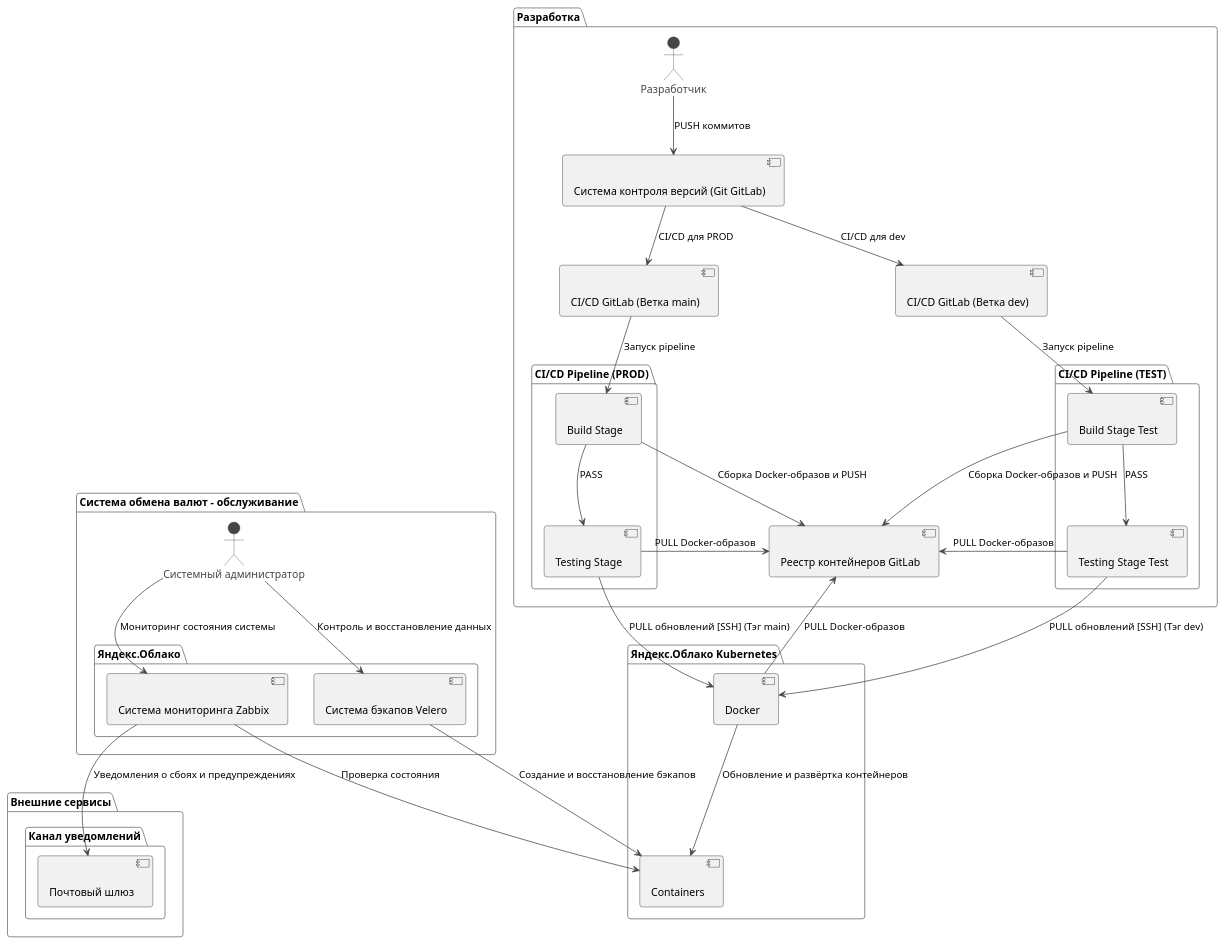
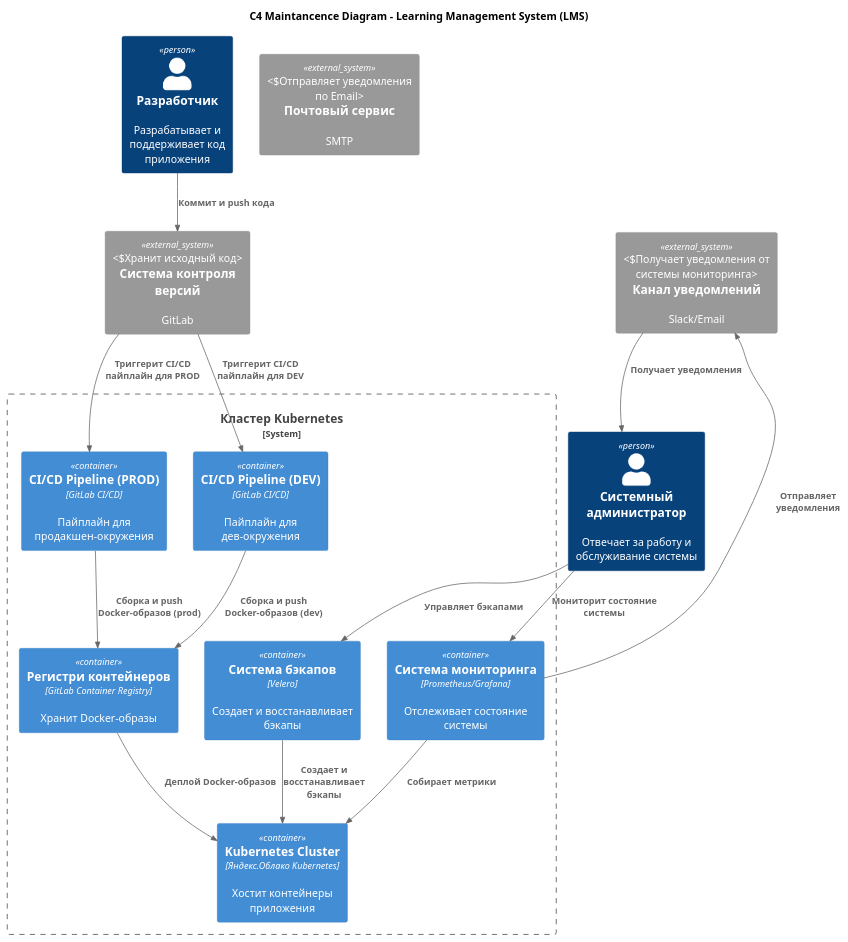
One commit to AkshachRd/software-development changed the diagram in 2. Технический проект/maintanence.puml. Above: the diagram before and after it, drawn with PlantUML.

Commit message:
Добавил обслуживание.

```diff
--- a/2. Технический проект/maintanence.puml
+++ b/2. Технический проект/maintanence.puml
@@ -1,63 +1,44 @@
 @startuml
-!theme vibrant
+!include https://raw.githubusercontent.com/plantuml-stdlib/C4-PlantUML/master/C4_Context.puml
+!include https://raw.githubusercontent.com/plantuml-stdlib/C4-PlantUML/master/C4_Container.puml
 
-package "Яндекс.Облако Kubernetes" as k8s {
-  [Docker] as docker << (C, #FFAAAA) >>
-  [Containers] as containers << (C, #FFAAAA) >>
+title C4 Maintancence Diagram - Learning Management System (LMS)
+
+' Определение участников
+Person(sys_admin, "Системный администратор", "Отвечает за работу и обслуживание системы")
+Person(developer, "Разработчик", "Разрабатывает и поддерживает код приложения")
+
+System_Boundary(kubernetes_boundary, "Кластер Kubernetes") {
+    Container(docker_registry, "Регистри контейнеров", "GitLab Container Registry", "Хранит Docker-образы")
+    Container(ci_cd_prod, "CI/CD Pipeline (PROD)", "GitLab CI/CD", "Пайплайн для продакшен-окружения")
+    Container(ci_cd_dev, "CI/CD Pipeline (DEV)", "GitLab CI/CD", "Пайплайн для дев-окружения")
+    Container(k8s_cluster, "Kubernetes Cluster", "Яндекс.Облако Kubernetes", "Хостит контейнеры приложения")
+    Container(monitoring_service, "Система мониторинга", "Prometheus/Grafana", "Отслеживает состояние системы")
+    Container(backup_service, "Система бэкапов", "Velero", "Создает и восстанавливает бэкапы")
 }
 
-package "Система обмена валют - обслуживание" as maintenance {
-    actor "Системный администратор" as sys_admin
-    package "Яндекс.Облако" as cloud {
-      [Система мониторинга Zabbix] as monitoring_service << (C, #FFAAAA) >>
-      [Система бэкапов Velero] as backup_service << (C, #FFAAAA) >>
-    }
-}
+System_Ext(mail_service, "Почтовый сервис", "SMTP", "Отправляет уведомления по Email")
+System_Ext(vcs, "Система контроля версий", "GitLab", "Хранит исходный код")
+System_Ext(notification_channel, "Канал уведомлений", "Slack/Email", "Получает уведомления от системы мониторинга")
 
-package "Внешние сервисы" as outer_services {
-    package "Канал уведомлений" as notifications {
-        [Почтовый шлюз] as email_service << (C, #FFAAAA) >>
-    }
-}
+' Взаимодействия
 
-package "Разработка" as development {
-    actor "Разработчик" as developer
-    [Система контроля версий (Git GitLab)] as vcs << (C, #FFAAAA) >>
-    [CI/CD GitLab (Ветка main)] as cicd << (C, #FFAAAA) >>
-    [CI/CD GitLab (Ветка dev)] as cicdtest << (C, #FFAAAA) >>
-    
-    package "CI/CD Pipeline (PROD)" as build {
-      [Build Stage] as buildstage << (C, #FFAAAA) >>
-      [Testing Stage] as testingstage << (C, #FFAAAA) >>
-    }
+Rel(developer, vcs, "Коммит и push кода")
+Rel(vcs, ci_cd_dev, "Триггерит CI/CD пайплайн для DEV")
+Rel(vcs, ci_cd_prod, "Триггерит CI/CD пайплайн для PROD")
 
-    package "CI/CD Pipeline (TEST)" as buildtest {
-      [Build Stage Test] as buildstagetest << (C, #FFAAAA) >>
-      [Testing Stage Test] as testingstagetest << (C, #FFAAAA) >>
-    }
+Rel(ci_cd_dev, docker_registry, "Сборка и push Docker-образов (dev)")
+Rel(ci_cd_prod, docker_registry, "Сборка и push Docker-образов (prod)")
 
-    [Реестр контейнеров GitLab] as containeregistry << (C, #FFAAAA) >>
-}
+Rel(docker_registry, k8s_cluster, "Деплой Docker-образов")
 
-sys_admin --> monitoring_service : "Мониторинг состояния системы"
-sys_admin --> backup_service : "Контроль и восстановление данных"
-monitoring_service --> email_service : "Уведомления о сбоях и предупреждениях"
-developer --> vcs : "PUSH коммитов"
-vcs --> cicd : "CI/CD для PROD"
-vcs --> cicdtest : "CI/CD для dev"
-cicd --> buildstage : "Запуск pipeline"
-cicdtest --> buildstagetest : "Запуск pipeline"
-buildstage --> containeregistry : "Сборка Docker-образов и PUSH"
-buildstagetest --> containeregistry : "Сборка Docker-образов и PUSH"
-containeregistry <-- testingstage : "PULL Docker-образов"
-containeregistry <-- testingstagetest : "PULL Docker-образов"
-buildstage --> testingstage : "PASS"
-buildstagetest --> testingstagetest : "PASS"
-testingstage --> docker : "PULL обновлений [SSH] (Тэг main)"
-testingstagetest --> docker : "PULL обновлений [SSH] (Тэг dev)"
-docker --> containeregistry : "PULL Docker-образов"
-docker --> containers : "Обновление и развёртка контейнеров"
-monitoring_service --> containers : "Проверка состояния"
-backup_service --> containers : "Создание и восстановление бэкапов"
+Rel(sys_admin, monitoring_service, "Мониторит состояние системы")
+Rel(monitoring_service, notification_channel, "Отправляет уведомления")
+Rel(monitoring_service, k8s_cluster, "Собирает метрики")
+
+Rel(sys_admin, backup_service, "Управляет бэкапами")
+Rel(backup_service, k8s_cluster, "Создает и восстанавливает бэкапы")
+
+Rel(notification_channel, sys_admin, "Получает уведомления")
 
 @enduml
```
